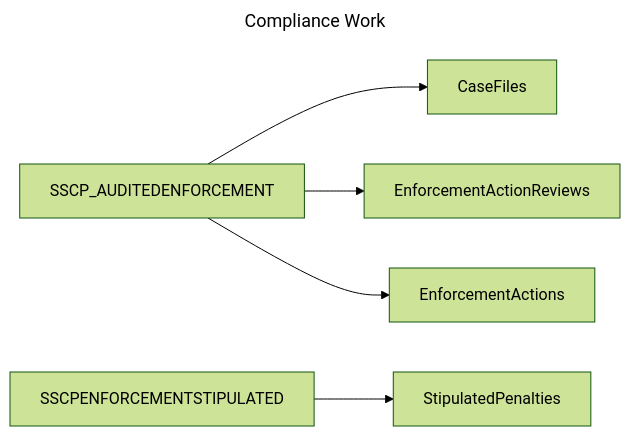
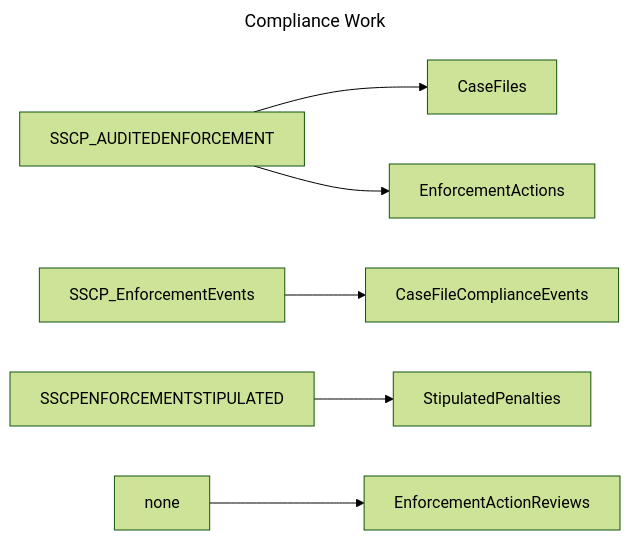
One commit to gaepdit/air-web changed the fourth of 5 diagrams in data-migration/data-migration-flow.md. Above: the diagram before and after it, drawn with Mermaid (forest theme). The commit also changed other lines of this file and 24 other files, not shown here.

````diff
--- a/data-migration/data-migration-flow.md
+++ b/data-migration/data-migration-flow.md
@@ -79,10 +79,11 @@
 ```mermaid
 ---
 title: Compliance Work
 ---
 flowchart LR
     SSCP_AUDITEDENFORCEMENT --> CaseFiles
-    SSCP_AUDITEDENFORCEMENT --> EnforcementActionReviews
     SSCP_AUDITEDENFORCEMENT --> EnforcementActions
+    SSCP_EnforcementEvents --> CaseFileComplianceEvents
     SSCPENFORCEMENTSTIPULATED --> StipulatedPenalties
+    none --> EnforcementActionReviews
 ```
````
